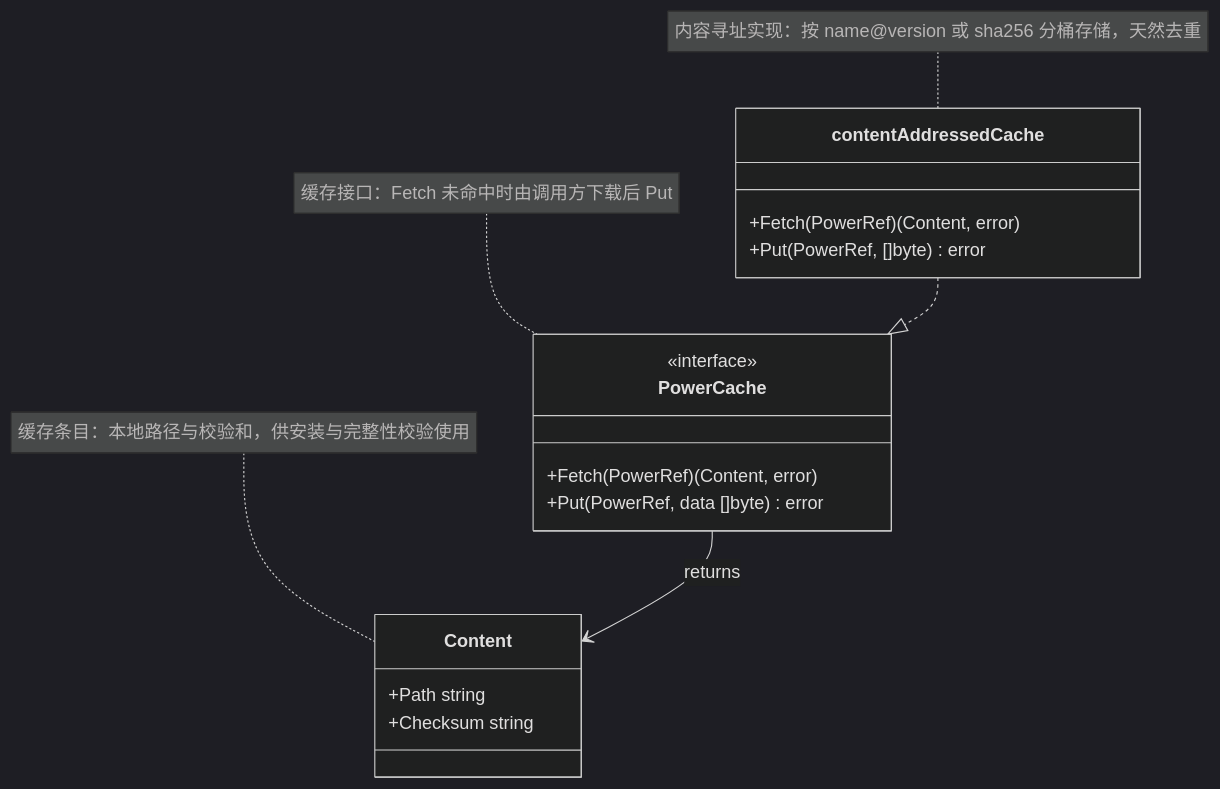
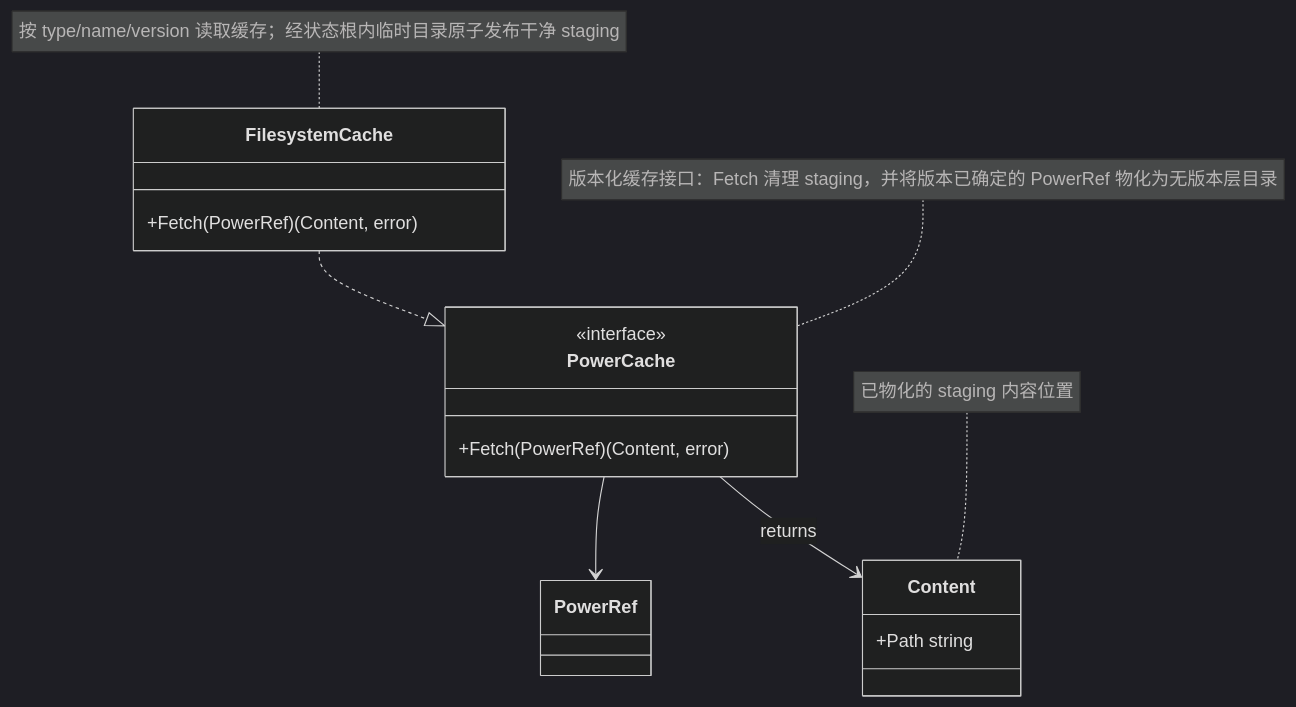
Before and after one commit to spacemit-com/agent-power-manager: the diagram in ivory-tower/c4/components/apm-cli-diagrams/cache-manager.mmd, drawn with Mermaid (dark theme). The commit also changed 13 other files, not shown here.

```diff
--- a/ivory-tower/c4/components/apm-cli-diagrams/cache-manager.mmd
+++ b/ivory-tower/c4/components/apm-cli-diagrams/cache-manager.mmd
@@ -1,22 +1,20 @@
 classDiagram
-    note for PowerCache "缓存接口：Fetch 未命中时由调用方下载后 Put"
+    note for PowerCache "版本化缓存接口：Fetch 清理 staging，并将版本已确定的 PowerRef 物化为无版本层目录"
     class PowerCache {
         <<interface>>
         +Fetch(PowerRef) (Content, error)
-        +Put(PowerRef, data []byte) error
     }
 
-    note for Content "缓存条目：本地路径与校验和，供安装与完整性校验使用"
+    note for Content "已物化的 staging 内容位置"
     class Content {
         +Path string
-        +Checksum string
     }
 
-    note for contentAddressedCache "内容寻址实现：按 name@version 或 sha256 分桶存储，天然去重"
-    class contentAddressedCache {
+    note for FilesystemCache "按 type/name/version 读取缓存；经状态根内临时目录原子发布干净 staging"
+    class FilesystemCache {
         +Fetch(PowerRef) (Content, error)
-        +Put(PowerRef, []byte) error
     }
 
-    contentAddressedCache ..|> PowerCache
+    FilesystemCache ..|> PowerCache
+    PowerCache --> PowerRef
     PowerCache --> Content : returns
```
